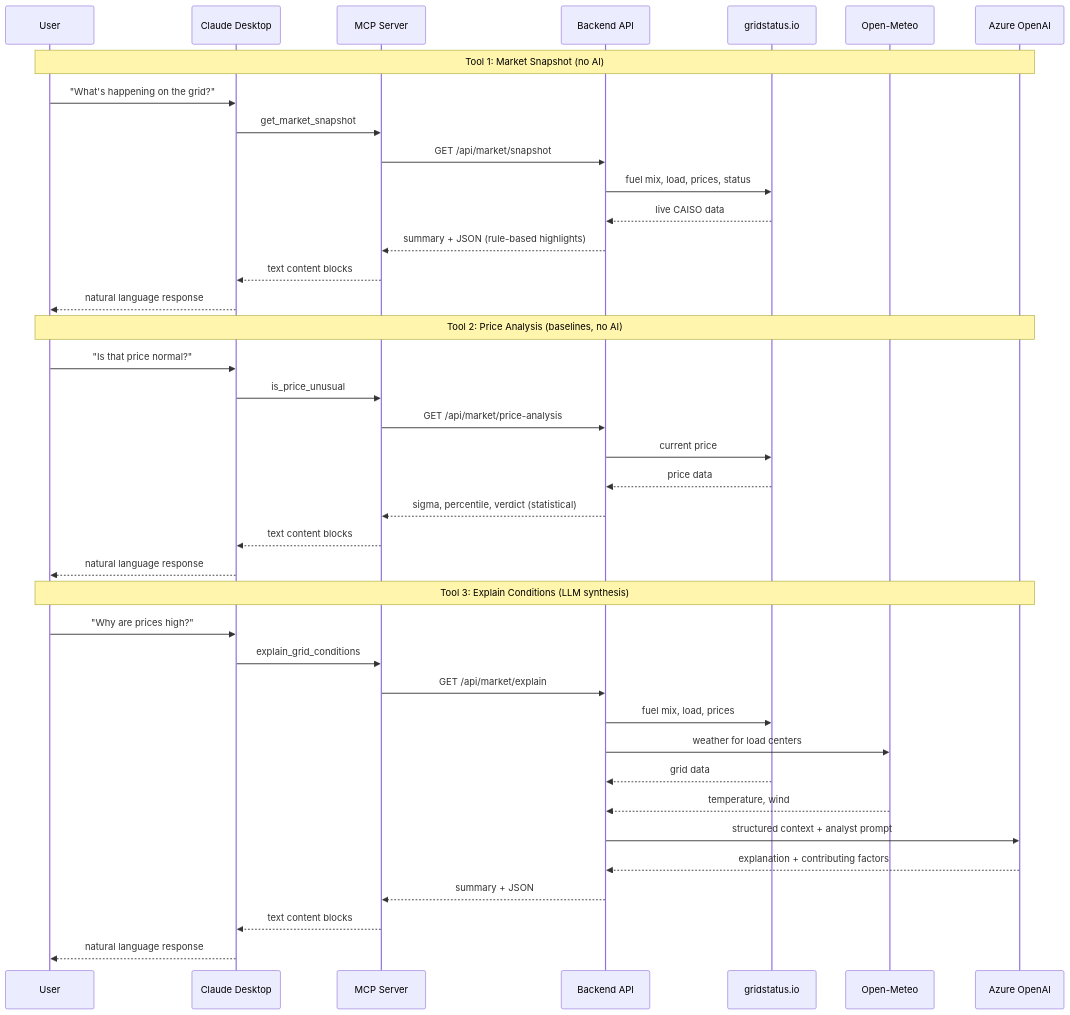
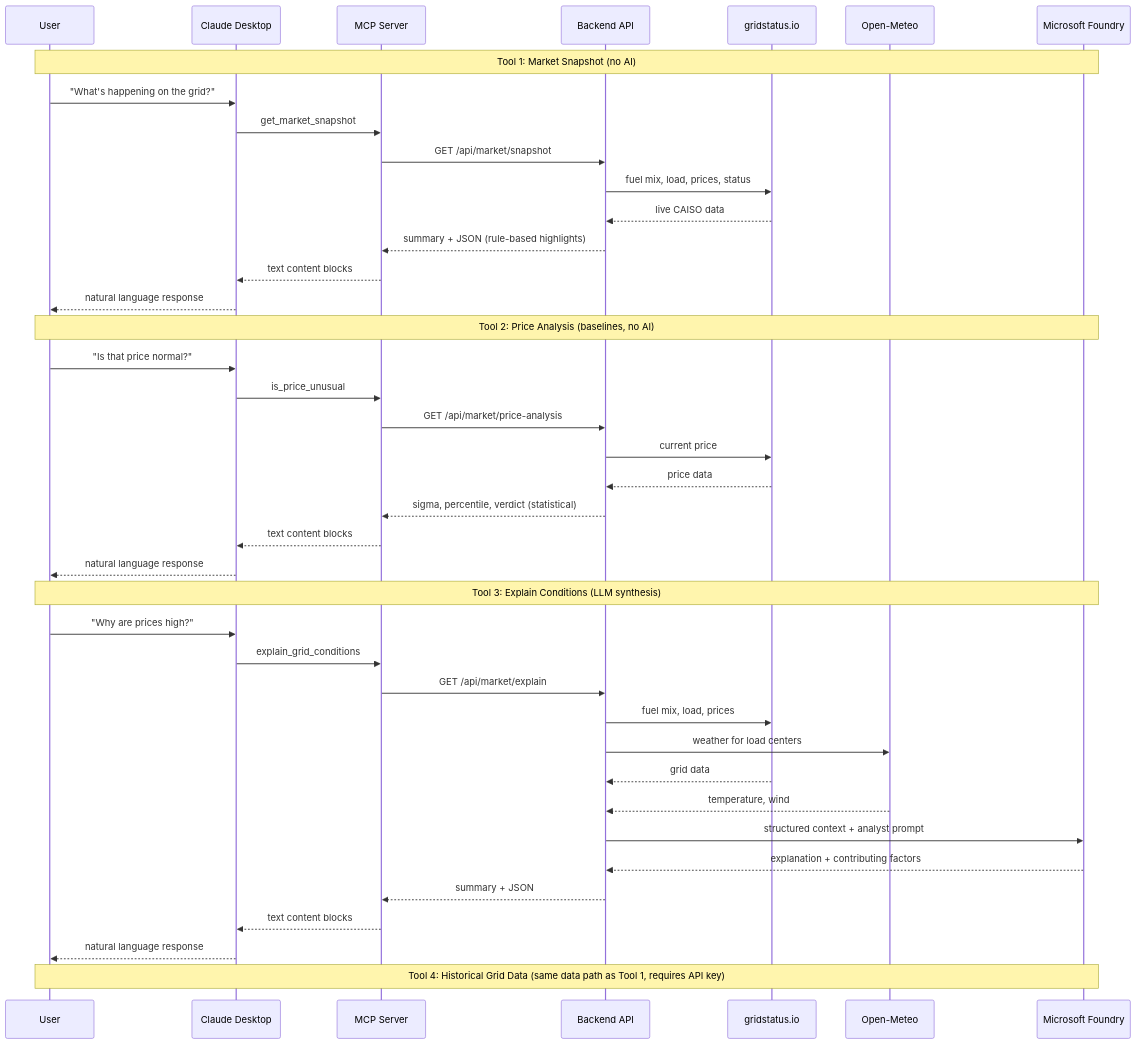
One commit to fbomb111/gridstatus-mcp-demo changed the diagram in README.md. Above: the diagram before and after it, drawn with Mermaid. The commit also changed other lines of this file and 5 other files, not shown here.

````diff
--- a/README.md
+++ b/README.md
@@ -19,44 +19,46 @@
 ```mermaid
 sequenceDiagram
     participant User
     participant Claude as Claude Desktop
     participant MCP as MCP Server
     participant API as Backend API
     participant GS as gridstatus.io
     participant WX as Open-Meteo
-    participant LLM as Azure OpenAI
+    participant LLM as Microsoft Foundry
 
     Note over User,LLM: Tool 1: Market Snapshot (no AI)
     User->>Claude: "What's happening on the grid?"
     Claude->>MCP: get_market_snapshot
     MCP->>API: GET /api/market/snapshot
     API->>GS: fuel mix, load, prices, status
     GS-->>API: live CAISO data
     API-->>MCP: summary + JSON (rule-based highlights)
     MCP-->>Claude: text content blocks
     Claude-->>User: natural language response
 
     Note over User,LLM: Tool 2: Price Analysis (baselines, no AI)
     User->>Claude: "Is that price normal?"
     Claude->>MCP: is_price_unusual
     MCP->>API: GET /api/market/price-analysis
     API->>GS: current price
     GS-->>API: price data
     API-->>MCP: sigma, percentile, verdict (statistical)
     MCP-->>Claude: text content blocks
     Claude-->>User: natural language response
 
     Note over User,LLM: Tool 3: Explain Conditions (LLM synthesis)
     User->>Claude: "Why are prices high?"
     Claude->>MCP: explain_grid_conditions
     MCP->>API: GET /api/market/explain
     API->>GS: fuel mix, load, prices
     API->>WX: weather for load centers
     GS-->>API: grid data
     WX-->>API: temperature, wind
     API->>LLM: structured context + analyst prompt
     LLM-->>API: explanation + contributing factors
     API-->>MCP: summary + JSON
     MCP-->>Claude: text content blocks
     Claude-->>User: natural language response
+
+    Note over User,LLM: Tool 4: Historical Grid Data (same data path as Tool 1, requires API key)
 ```
````
